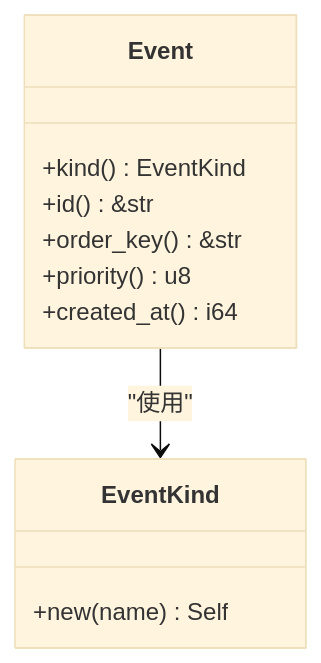
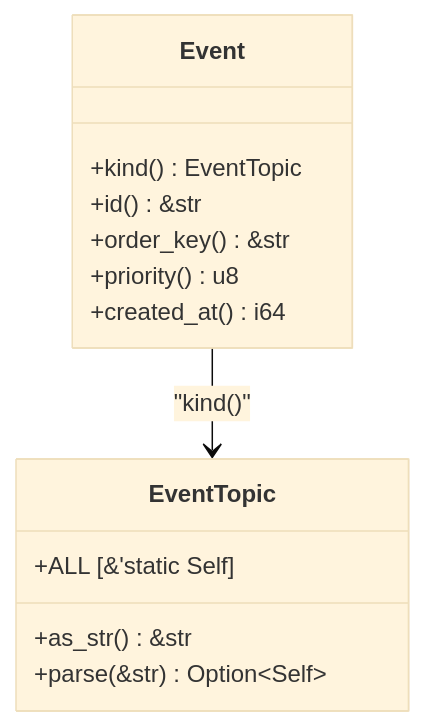
Before and after one commit to runningcoders/ai_orz: the third of 8 diagrams in docs/wiki/zh/content/核心模块/AOP 事件系统/事件队列系统/事件队列系统.md, drawn with Mermaid (base theme). The commit also changed other lines of this file and 37 other files, not shown here.

````diff
--- a/docs/wiki/zh/content/核心模块/AOP 事件系统/事件队列系统/事件队列系统.md
+++ b/docs/wiki/zh/content/核心模块/AOP 事件系统/事件队列系统/事件队列系统.md
@@ -122,14 +128,16 @@
 ```mermaid
 classDiagram
 class Event {
-+kind() EventKind
++kind() EventTopic
 +id() &str
 +order_key() &str
 +priority() u8
 +created_at() i64
 }
-class EventKind {
-+new(name) Self
+class EventTopic {
++as_str() &str
++parse(&str) Option~Self~
++ALL [&'static Self]
 }
-Event --> EventKind : "使用"
+Event --> EventTopic : "kind()"
 ```
````
